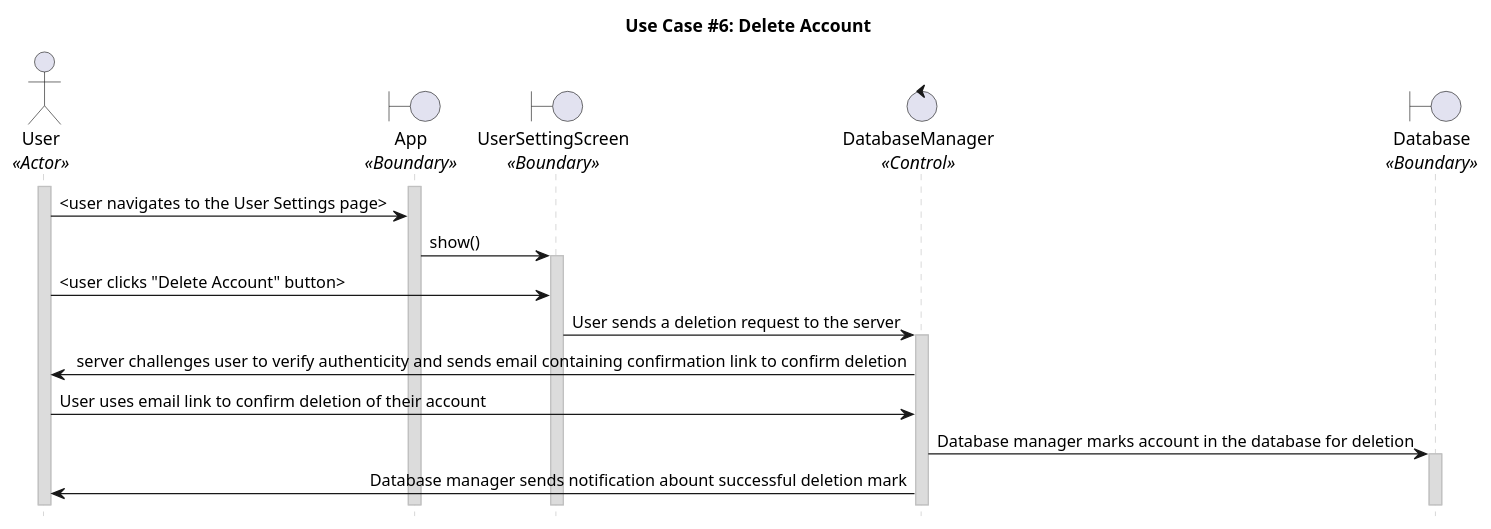
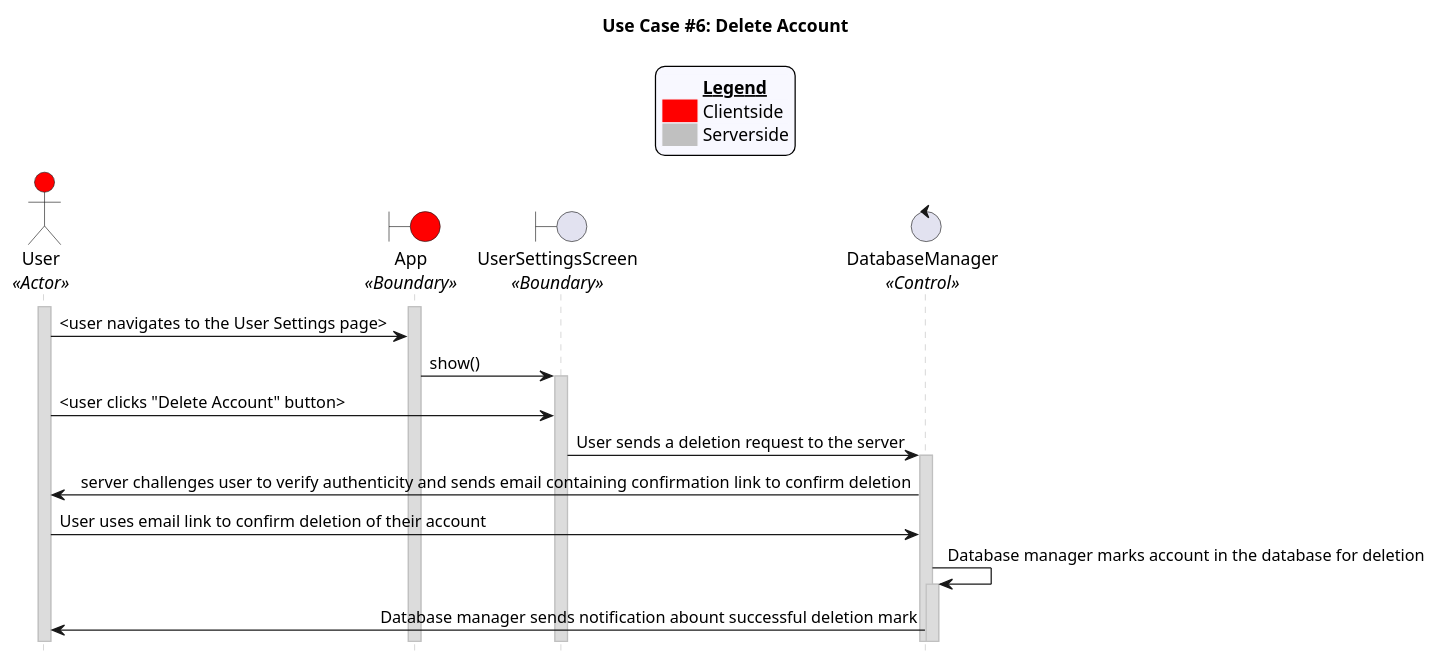
The diagram in uc_06.puml (CECS-491-SP24-Group-1/seq-diagrams), drawn with PlantUML before and after one commit. The commit also changed 3 other files, not shown here.

```diff
--- a/uc_06.puml
+++ b/uc_06.puml
@@ -1,55 +1,66 @@
-@startuml uc01
+@startuml uc06
 title "Use Case #6: Delete Account"
 
 'Styling goes here
 hide footbox
 skinparam stereotypePosition bottom
 skinparam sequenceMessageAlign direction
 skinparam sequence {
 	LifeLineBorderColor #Silver
 	LifeLineBackgroundColor #Gainsboro
 }
 
+'Add a legend plus styling
+skinparam legend {
+	backgroundColor #GhostWhite
+	entrySeparator #GhostWhite
+}
 
-'Setup the objects'
-actor User as u <<Actor>>
-boundary App as a <<Boundary>>
-boundary UserSettingScreen as uss <<Boundary>>
-control DatabaseManager as dm <<Control>>
+legend top
+	<#GhostWhite,#GhostWhite>|	|= __Legend__ |
+	|<#red> | Clientside|
+	|<#silver> | Serverside|
+endlegend
+
+'Setup the objects
+actor User as u <<Actor>> #red
+boundary App as a <<Boundary>> #red
+boundary UserSettingsScreen as uss <<Boundary>>
+control DatabaseManager as db <<Control>>
 boundary Database as db <<Boundary>>
 
-'Setup persistent objects here'
+'Setup persistent objects here
 activate u
 activate a
 
-'--- FLOW OF CONTROL STARTS HERE ---'
+'--- FLOW OF CONTROL STARTS HERE ---
 
-'User navigates to the "User settings page"'
+'User navigates to the "User settings page
 u -> a: <user navigates to the User Settings page>
 a -> uss: show()
 activate uss
 
-'User clicks "Delete Account" button'
+'User clicks "Delete Account" button
 u -> uss: <user clicks "Delete Account" button>
 
-'Users device sends a deletion request to the server'
-uss -> dm: User sends a deletion request to the server
-activate dm
+'Users device sends a deletion request to the server
+uss -> db: User sends a deletion request to the server
+activate db
 
 
-'Server challenges user to verify the authenticity of the user'
-dm -> u: server challenges user to verify authenticity and sends email containing confirmation link to confirm deletion
+'Server challenges user to verify the authenticity of the user
+db -> u: server challenges user to verify authenticity and sends email containing confirmation link to confirm deletion
 
 'User recieves the email and clicks the link to finish the process of deleting account
-u -> dm: User uses email link to confirm deletion of their account
+u -> db: User uses email link to confirm deletion of their account
 
 'Database manager marks the account for deletion and sends the user a notification via email
-dm -> db: Database manager marks account in the database for deletion
+db -> db: Database manager marks account in the database for deletion
 activate db
 
 'Database manager sends notification email once account is marked for deletion
-dm -> u: Database manager sends notification abount successful deletion mark
-
+db -> u: Database manager sends notification abount successful deletion mark
+'--- FLOW OF CONTROL ENDS HERE   ---
 
 
 @enduml
```
